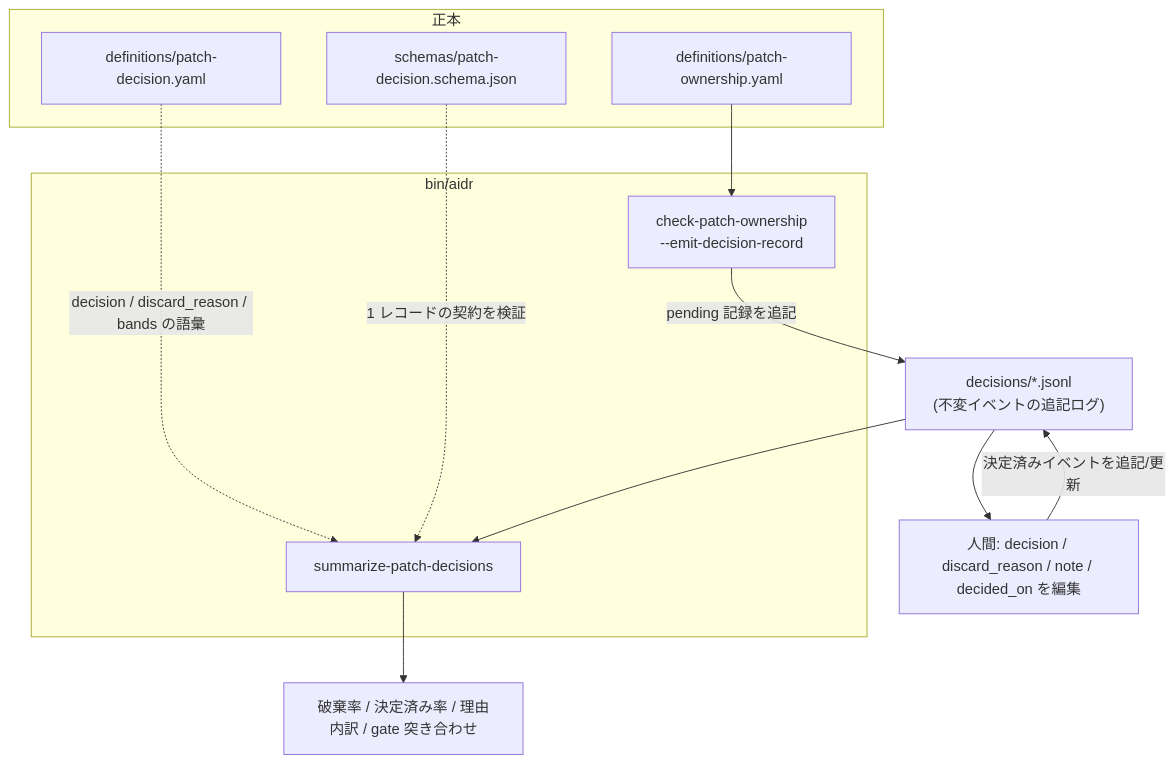
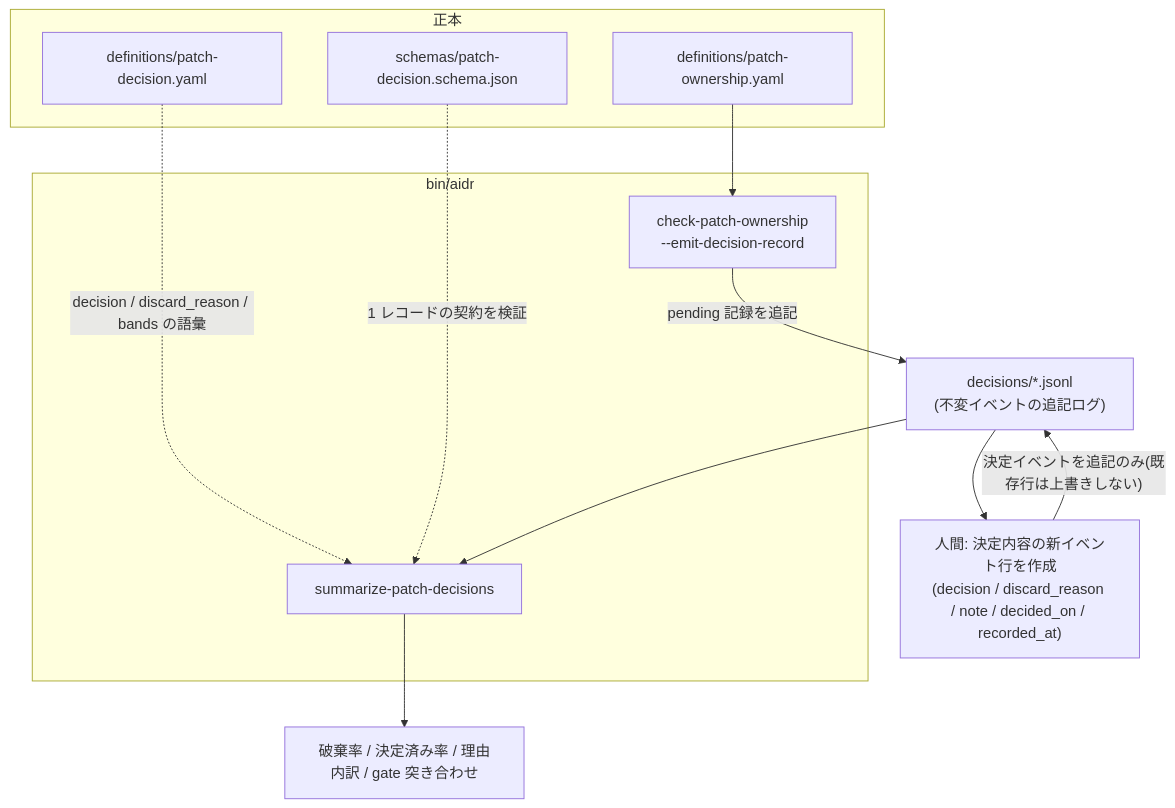
One commit to suwa-sh/ai-delegation-readiness changed the first of 3 diagrams in docs/12_patch_decision_loop.md. Above: the diagram before and after it, drawn with Mermaid. The commit also changed other lines of this file and 9 other files, not shown here.

````diff
--- a/docs/12_patch_decision_loop.md
+++ b/docs/12_patch_decision_loop.md
@@ -270,24 +309,24 @@
 ```mermaid
 flowchart TB
     subgraph defs["正本"]
         pod["definitions/patch-ownership.yaml"]
         pdd["definitions/patch-decision.yaml"]
         schema["schemas/patch-decision.schema.json"]
     end
     subgraph cli["bin/aidr"]
         gate["check-patch-ownership<br/>--emit-decision-record"]
         summarize["summarize-patch-decisions"]
     end
-    human["人間: decision / discard_reason / note / decided_on を編集"]
+    human["人間: 決定内容の新イベント行を作成<br/>(decision / discard_reason / note / decided_on / recorded_at)"]
     log["decisions/*.jsonl<br/>(不変イベントの追記ログ)"]
     report["破棄率 / 決定済み率 / 理由内訳 / gate 突き合わせ"]
 
     pod --> gate
     gate -->|"pending 記録を追記"| log
     log --> human
-    human -->|"決定済みイベントを追記/更新"| log
+    human -->|"決定イベントを追記のみ(既存行は上書きしない)"| log
     pdd -.->|"decision / discard_reason / bands の語彙"| summarize
     schema -.->|"1 レコードの契約を検証"| summarize
     log --> summarize
     summarize --> report
 ```
````
